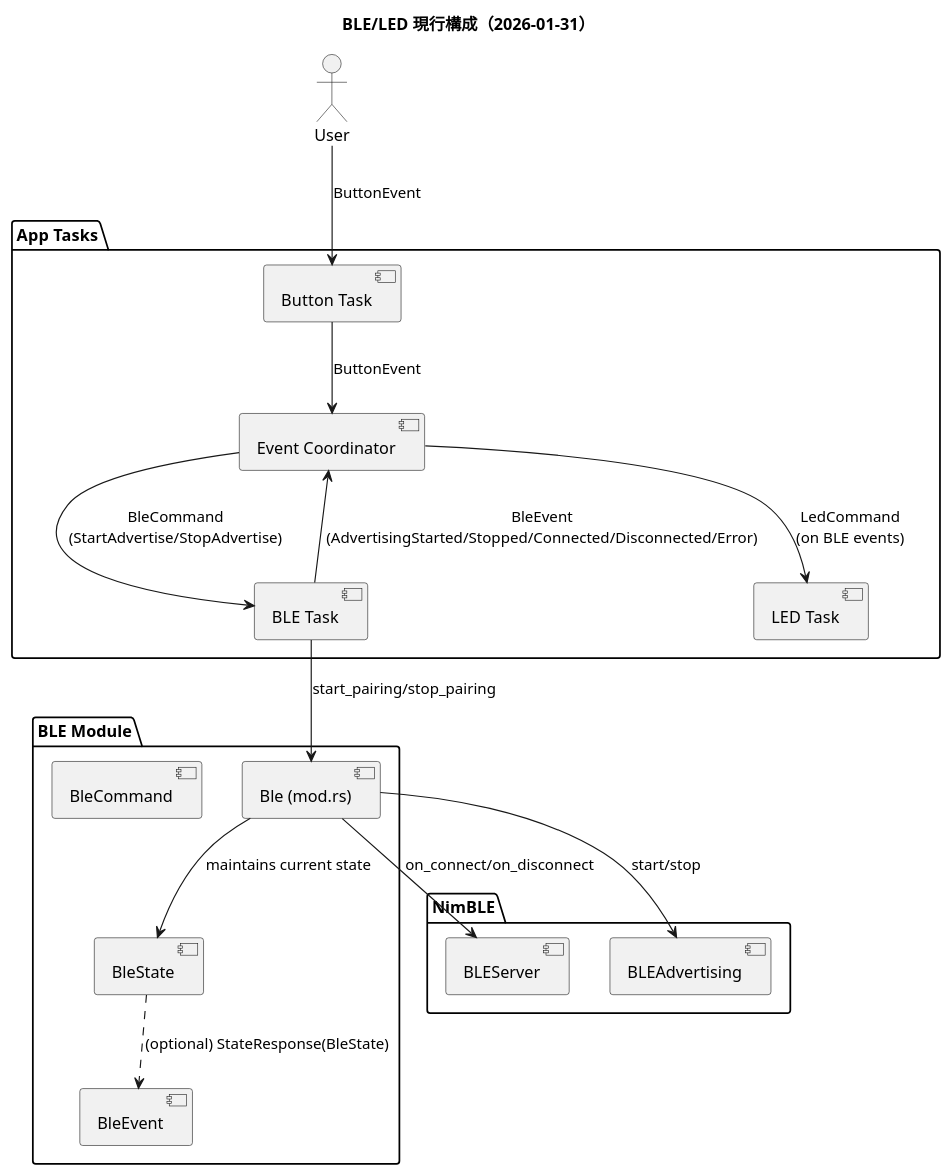
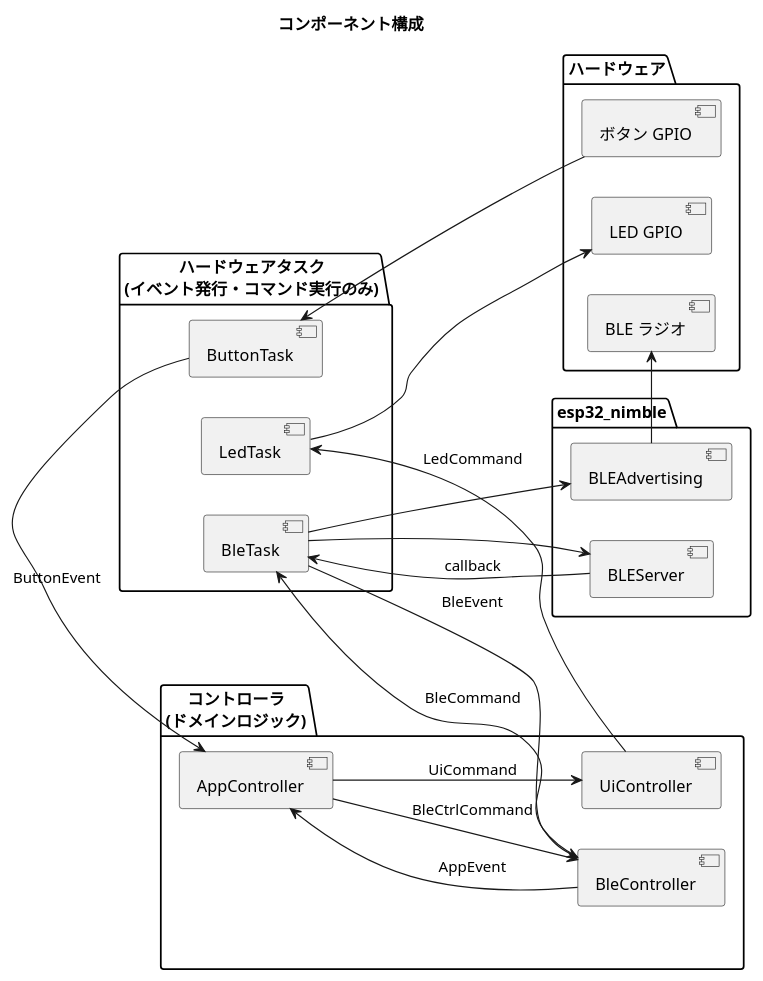
The first of 2 diagrams in README.md (rian-hotate/esp32-devkit-v1), drawn with PlantUML before and after one commit. The commit also changed other lines of this file and 15 other files, not shown here.

First line of the commit message:
refactor(device): EventCoordinator を3コントローラに分割しアーキテクチャを再設計

````diff
--- a/README.md
+++ b/README.md
@@ -18,42 +21,45 @@
 ```plantuml
 @startuml
-title BLE/LED 現行構成（2026-01-31）
+title コンポーネント構成
 
-actor User as User
+left to right direction
 
-package "App Tasks" {
-	[Button Task] as ButtonTask
-	[BLE Task] as BleTask
-	[LED Task] as LedTask
-	[Event Coordinator] as EventCoord
+package "ハードウェア" {
+  [ボタン GPIO] as ButtonHW
+  [LED GPIO] as LEDHW
+  [BLE ラジオ] as BLERadioHW
 }
 
-package "BLE Module" {
-	[Ble (mod.rs)] as Ble
-	[BleState] as BleState
-	[BleEvent] as BleEvent
-	[BleCommand] as BleCommand
+package "ハードウェアタスク\n(イベント発行・コマンド実行のみ)" {
+  [ButtonTask] as ButtonTask
+  [BleTask] as BleTask
+  [LedTask] as LedTask
 }
 
-package "NimBLE" {
-	[BLEServer] as BLEServer
-	[BLEAdvertising] as BLEAdvertising
+package "コントローラ\n(ドメインロジック)" {
+  [AppController] as AppCtrl
+  [BleController] as BleCtrl
+  [UiController] as UiCtrl
 }
 
-User --> ButtonTask : ButtonEvent
-ButtonTask --> EventCoord : ButtonEvent
+package "esp32_nimble" {
+  [BLEServer] as BLEServer
+  [BLEAdvertising] as BLEAdv
+}
 
-EventCoord --> BleTask : BleCommand\n(StartAdvertise/StopAdvertise)
-BleTask --> Ble : start_pairing/stop_pairing
-BleTask --> EventCoord : BleEvent\n(AdvertisingStarted/Stopped/Connected/Disconnected/Error)
-
-Ble --> BLEServer : on_connect/on_disconnect
-Ble --> BLEAdvertising : start/stop
-Ble --> BleState : maintains current state
-
-EventCoord --> LedTask : LedCommand\n(on BLE events)
-
-BleState ..> BleEvent : (optional) StateResponse(BleState)
+ButtonHW --> ButtonTask
+ButtonTask --> AppCtrl : ButtonEvent
+AppCtrl --> BleCtrl : BleCtrlCommand
+BleCtrl --> BleTask : BleCommand
+BleTask --> BLEServer
+BleTask --> BLEAdv
+BLEAdv --> BLERadioHW
+BLEServer --> BleTask : callback
+BleTask --> BleCtrl : BleEvent
+BleCtrl --> AppCtrl : AppEvent
+AppCtrl --> UiCtrl : UiCommand
+UiCtrl --> LedTask : LedCommand
+LedTask --> LEDHW
 
 @enduml
 ```
````
